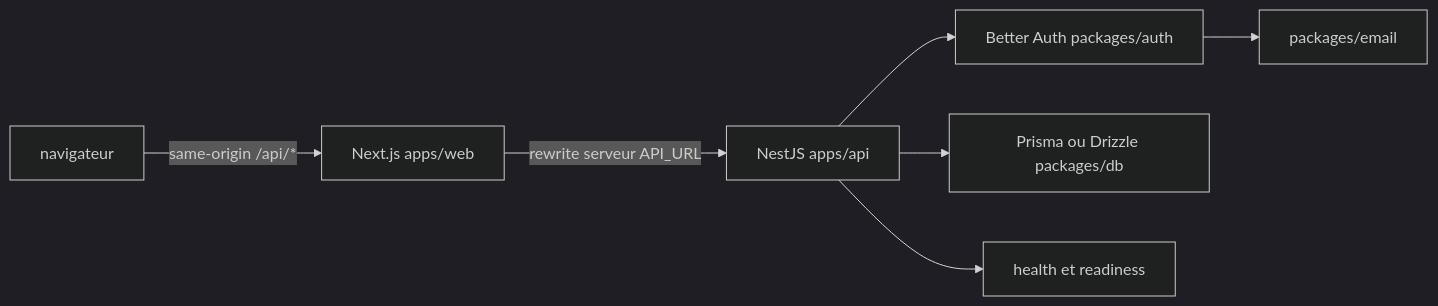
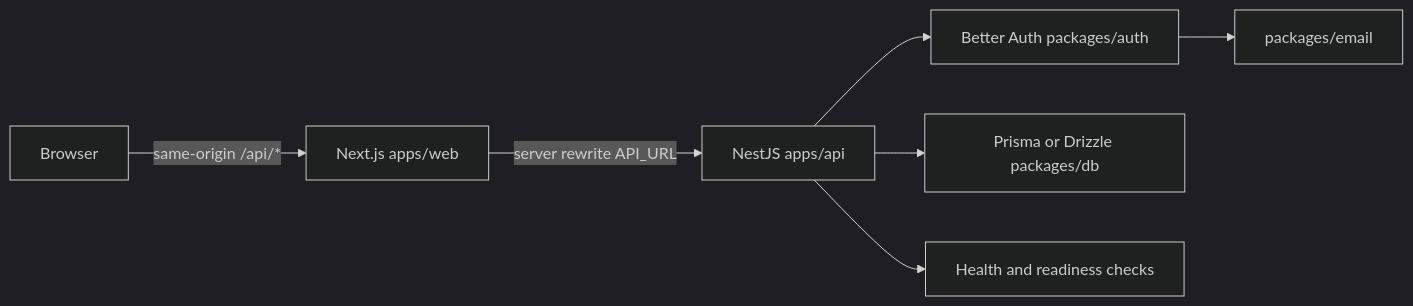
The diagram in README.md (bellandry/betternest-boilerplate), drawn with Mermaid (dark theme) before and after one commit. The commit also changed other lines of this file and 3 other files, not shown here.

````diff
--- a/README.md
+++ b/README.md
@@ -254,9 +235,9 @@
 ```mermaid
 flowchart LR
-  Browser[ navigateur ] -->|same-origin /api/* | Web[Next.js apps/web]
-  Web -->|rewrite serveur API_URL| Api[NestJS apps/api]
+  Browser[Browser] -->|same-origin /api/*| Web[Next.js apps/web]
+  Web -->|server rewrite API_URL| Api[NestJS apps/api]
   Api --> Auth[Better Auth packages/auth]
-  Api --> DB[Prisma ou Drizzle packages/db]
+  Api --> DB[Prisma or Drizzle packages/db]
   Auth --> Email[packages/email]
-  Api --> Health[health et readiness]
+  Api --> Health[Health and readiness checks]
 ```
````
